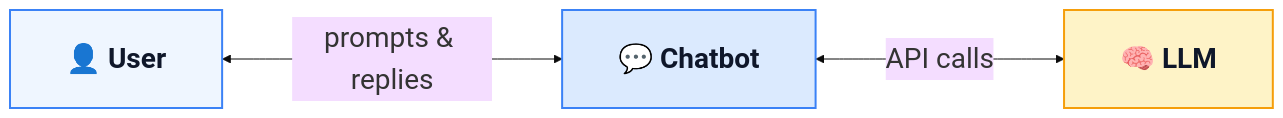
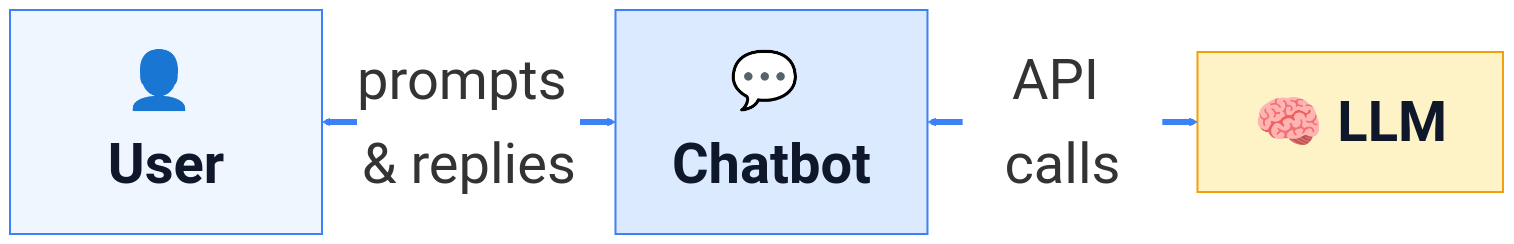
The first of 2 diagrams in slides/m1-ai-in-finance.qmd (kerryback/mgmt675), drawn with Mermaid before and after one commit. The commit also changed other lines of this file and 43 other files, not shown here.

First line of the commit message:
Update m1 mermaid diagrams and reorder slides

````diff
--- a/slides/m1-ai-in-finance.qmd
+++ b/slides/m1-ai-in-finance.qmd
@@ -135,11 +135,13 @@
 ```{mermaid}
 %%| fig-width: 16
-%%{init: {'theme': 'base', 'themeVariables': {'fontSize': '28px'}, 'flowchart': {'nodeSpacing': 100, 'rankSpacing': 140, 'padding': 28, 'useMaxWidth': true}}}%%
+%%{init: {'theme': 'base', 'themeVariables': {'fontSize': '56px', 'edgeLabelBackground': '#ffffff'}, 'flowchart': {'nodeSpacing': 100, 'rankSpacing': 140, 'padding': 28, 'useMaxWidth': true, 'defaultRenderer': 'elk', 'curve': 'linear', 'diagramPadding': 20}}}%%
 flowchart LR
   U["<b>👤 User</b>"] <-->|"prompts & replies"| C["<b>💬 Chatbot</b>"]
   C <-->|"API calls"| L["<b>🧠 LLM</b>"]
 
-  style U fill:#eff6ff,stroke:#3b82f6,stroke-width:2px,color:#0f172a,font-size:28px,padding:24px
-  style C fill:#dbeafe,stroke:#3b82f6,stroke-width:2px,color:#0f172a,font-size:28px,padding:24px
-  style L fill:#fef3c7,stroke:#f59e0b,stroke-width:2px,color:#0f172a,font-size:28px,padding:24px
+  style U fill:#eff6ff,stroke:#3b82f6,stroke-width:2px,color:#0f172a,font-size:56px,padding:24px
+  style C fill:#dbeafe,stroke:#3b82f6,stroke-width:2px,color:#0f172a,font-size:56px,padding:24px
+  style L fill:#fef3c7,stroke:#f59e0b,stroke-width:2px,color:#0f172a,font-size:56px,padding:24px
+
+  linkStyle default stroke:#3b82f6,stroke-width:6px
 ```
````
